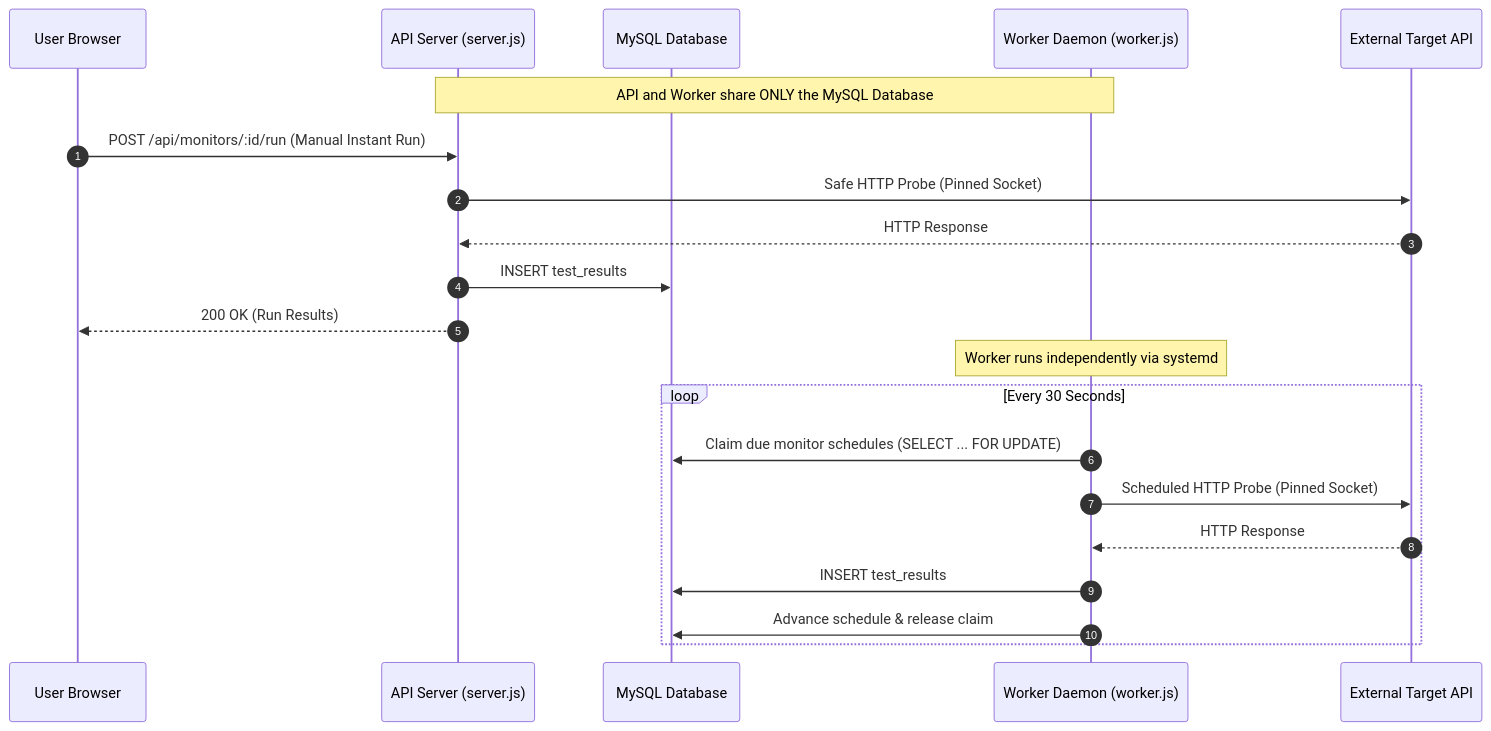
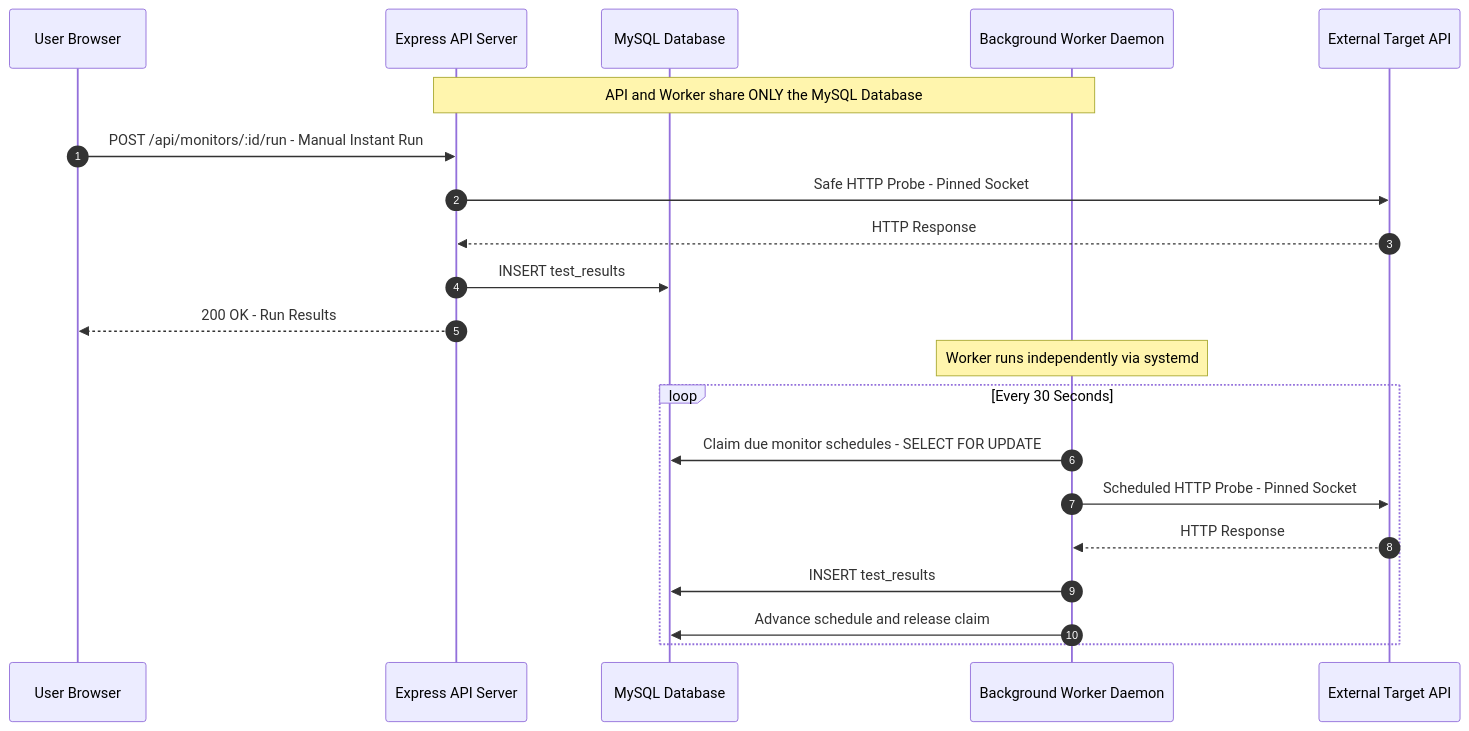
The second of 2 diagrams in docs/architecture/application-architecture.md (ritesh0w0/APIDash), drawn with Mermaid before and after one commit. The commit also changed other lines of this file and 18 other files, not shown here.

Commit message:
fix(docs): resolve GitHub Mermaid parser syntax errors across all diagrams

````diff
--- a/docs/architecture/application-architecture.md
+++ b/docs/architecture/application-architecture.md
@@ -82,25 +94,25 @@
 ```mermaid
 sequenceDiagram
     autonumber
     participant UI as User Browser
-    participant API as API Server (server.js)
+    participant API as Express API Server
     participant DB as MySQL Database
-    participant W as Worker Daemon (worker.js)
+    participant W as Background Worker Daemon
     participant Ext as External Target API
 
     Note over API,W: API and Worker share ONLY the MySQL Database
-    UI->>API: POST /api/monitors/:id/run (Manual Instant Run)
-    API->>Ext: Safe HTTP Probe (Pinned Socket)
+    UI->>API: POST /api/monitors/:id/run - Manual Instant Run
+    API->>Ext: Safe HTTP Probe - Pinned Socket
     Ext-->>API: HTTP Response
     API->>DB: INSERT test_results
-    API-->>UI: 200 OK (Run Results)
+    API-->>UI: 200 OK - Run Results
 
     Note over W: Worker runs independently via systemd
     loop Every 30 Seconds
-        W->>DB: Claim due monitor schedules (SELECT ... FOR UPDATE)
-        W->>Ext: Scheduled HTTP Probe (Pinned Socket)
+        W->>DB: Claim due monitor schedules - SELECT FOR UPDATE
+        W->>Ext: Scheduled HTTP Probe - Pinned Socket
         Ext-->>W: HTTP Response
         W->>DB: INSERT test_results
-        W->>DB: Advance schedule & release claim
+        W->>DB: Advance schedule and release claim
     end
 ```
````
